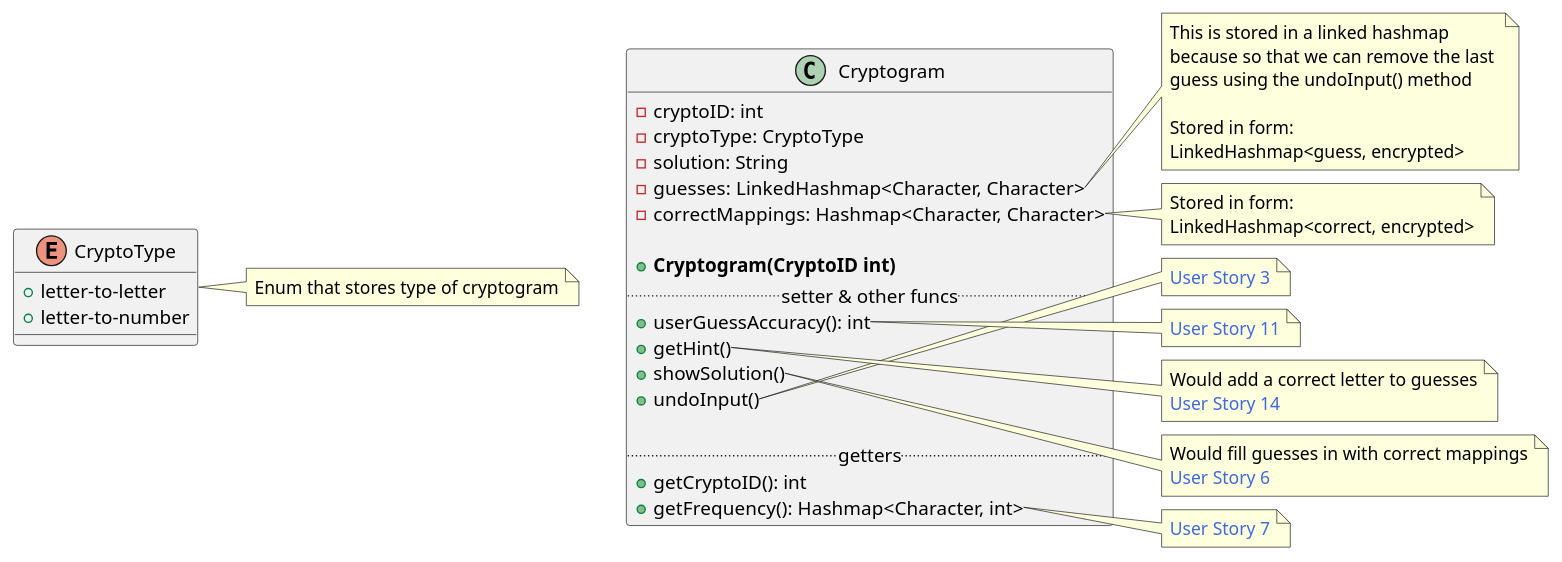
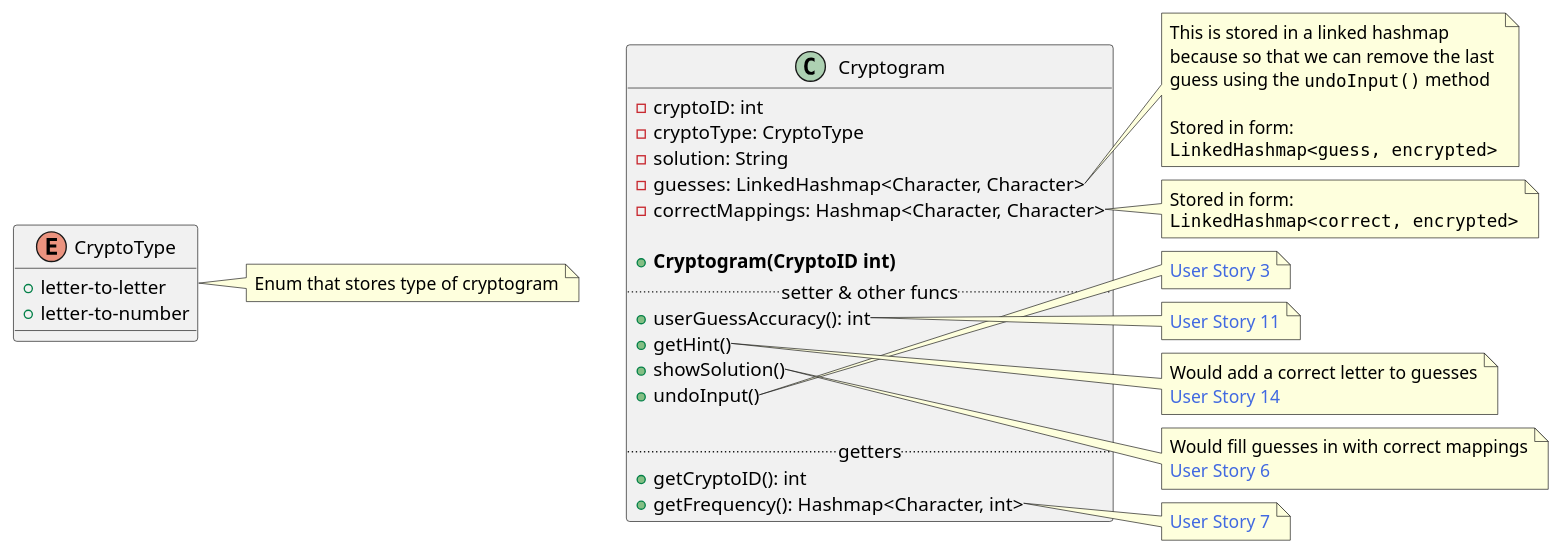
Before and after one commit to finlaysr/CS207-Cryptograms: the diagram in Class-Diagrams/src/cryptogram.puml, drawn with PlantUML. The commit also changed 5 other files, not shown here.

```diff
--- a/Class-Diagrams/src/cryptogram.puml
+++ b/Class-Diagrams/src/cryptogram.puml
@@ -1,75 +1,75 @@
 @startuml
 
 ' Maybe should be an interface
 class Cryptogram {
     - cryptoID: int
     - cryptoType: CryptoType
     - solution: String
     - guesses: LinkedHashmap<Character, Character>
     - correctMappings: Hashmap<Character, Character>
 
     + **Cryptogram(CryptoID int)**
     ..setter & other funcs..
     + userGuessAccuracy(): int    
     + getHint()
     + showSolution()
     + undoInput()
 
     ..getters..
     + getCryptoID(): int
     + getFrequency(): Hashmap<Character, int>
 }
 
 enum CryptoType{
 
     + letter-to-letter
     + letter-to-number
 }
 
 note right of CryptoType
     Enum that stores type of cryptogram
 end Note
 
 
 note right of Cryptogram::guesses
     This is stored in a linked hashmap
     because so that we can remove the last 
-    guess using the undoInput() method
+    guess using the ""undoInput()"" method
 
     Stored in form:
-    LinkedHashmap<guess, encrypted>
+    ""LinkedHashmap<guess, encrypted>""
 end note
 
 note right of Cryptogram::correctMappings
     Stored in form:
-    LinkedHashmap<correct, encrypted>
+    ""LinkedHashmap<correct, encrypted>""
 end note
 
 note right of Cryptogram::undoInput
     pop the last value
     from the guesses stack
 end note
 
 note right of Cryptogram::userGuessAccuracy
     <color:royalBlue>User Story 11</color>
 end note
 
 note right of Cryptogram::getHint
     Would add a correct letter to guesses
     <color:royalBlue>User Story 14</color>
 end note
 
 note right of Cryptogram::showSolution
     Would fill guesses in with correct mappings
     <color:royalBlue>User Story 6</color>
 end note
 
 note right of Cryptogram::undoInput
     <color:royalBlue>User Story 3</color>
 end note
 
 note right of Cryptogram::getFrequency
     <color:royalBlue>User Story 7</color>
 end note
 
 @enduml
```
